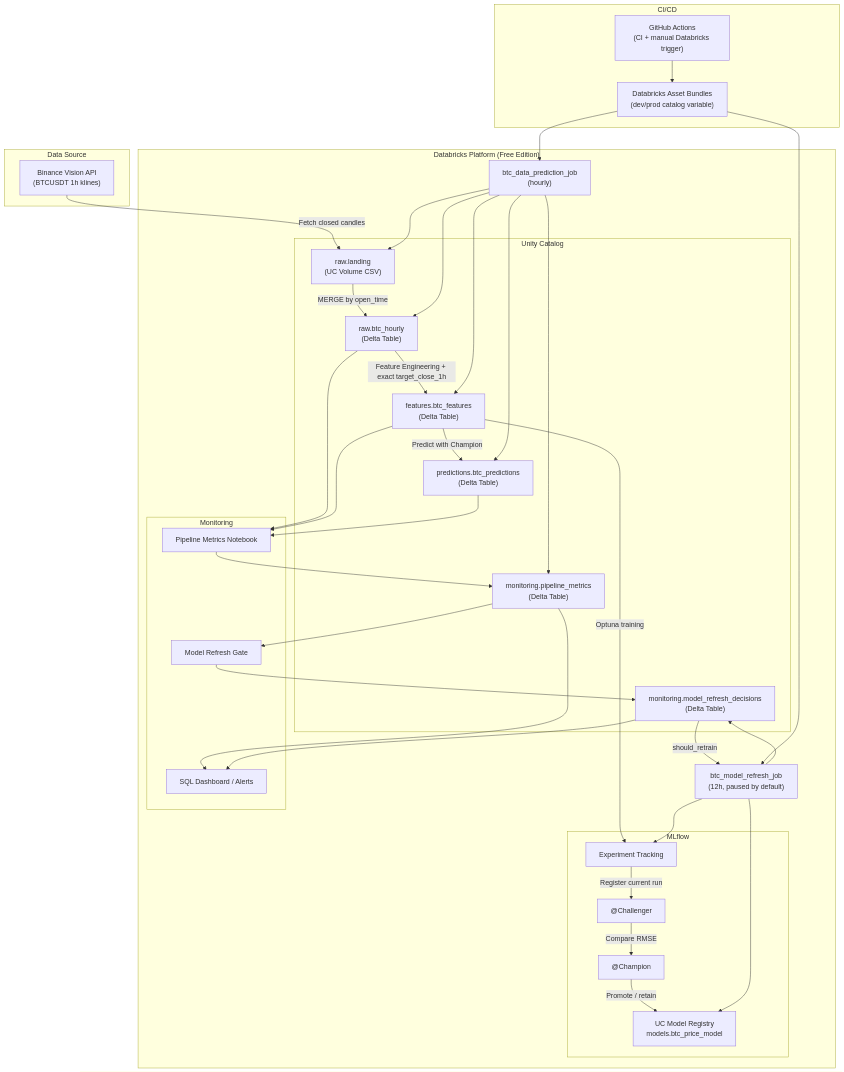
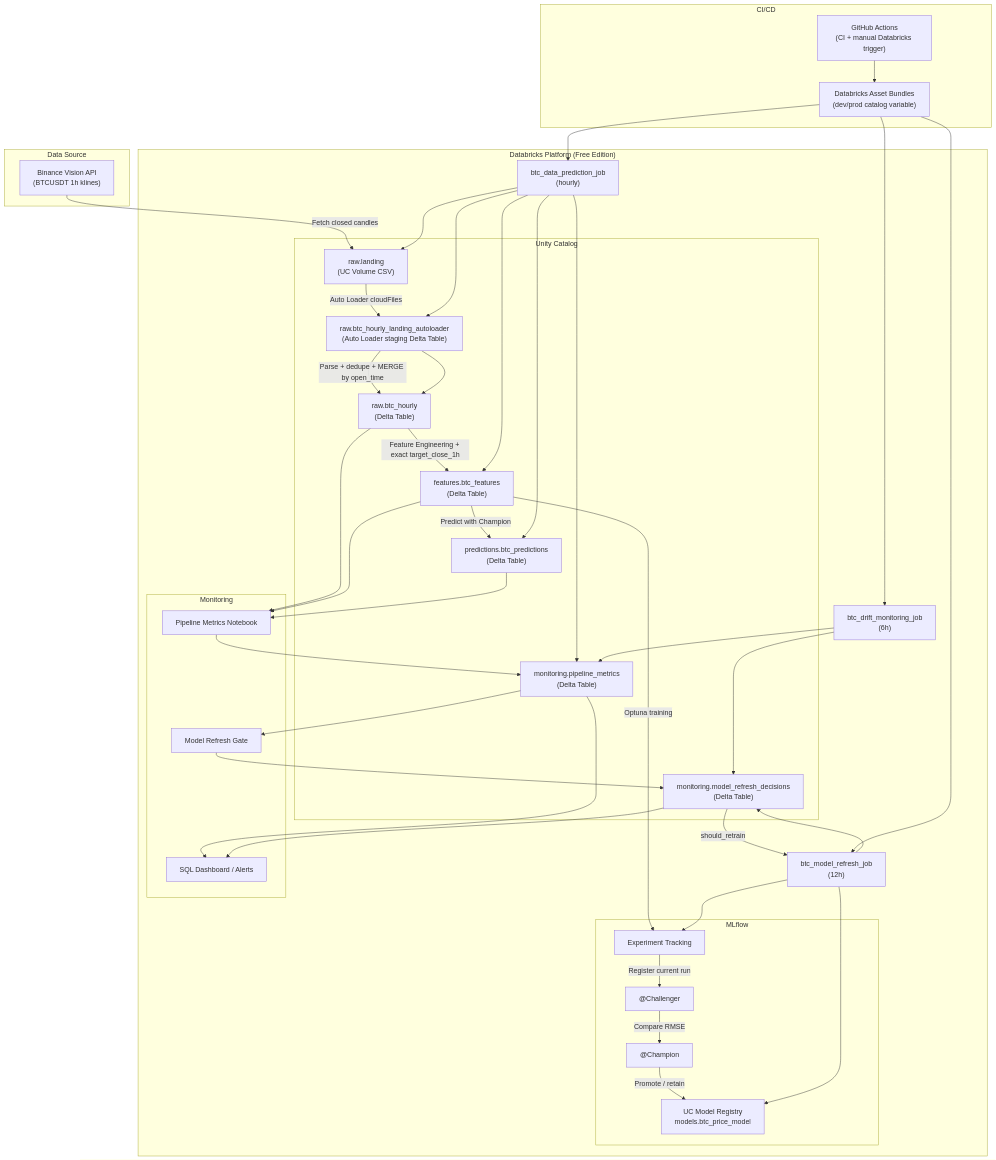
One commit to dunglk85/btc_mle_dbr changed the first of 2 diagrams in _bmad-output/planning-artifacts/implementation_plan.md. Above: the diagram before and after it, drawn with Mermaid. The commit also changed other lines of this file, not shown here.

Commit message:
docs: add implementation plan for BTC project

````diff
--- a/_bmad-output/planning-artifacts/implementation_plan.md
+++ b/_bmad-output/planning-artifacts/implementation_plan.md
@@ -9,67 +9,74 @@
 ```mermaid
 graph TB
     subgraph "Data Source"
         A["Binance Vision API<br/>(BTCUSDT 1h klines)"]
     end
 
     subgraph "Databricks Platform (Free Edition)"
         subgraph "Unity Catalog"
             V["raw.landing<br/>(UC Volume CSV)"]
+            S["raw.btc_hourly_landing_autoloader<br/>(Auto Loader staging Delta Table)"]
             B["raw.btc_hourly<br/>(Delta Table)"]
             C["features.btc_features<br/>(Delta Table)"]
             P["predictions.btc_predictions<br/>(Delta Table)"]
             Q["monitoring.pipeline_metrics<br/>(Delta Table)"]
             R["monitoring.model_refresh_decisions<br/>(Delta Table)"]
         end
 
         subgraph "MLflow"
             D["Experiment Tracking"]
             E["UC Model Registry<br/>models.btc_price_model"]
             F["@Champion"]
             G["@Challenger"]
         end
 
         subgraph "Monitoring"
             H["Pipeline Metrics Notebook"]
             I["Model Refresh Gate"]
             J["SQL Dashboard / Alerts"]
         end
 
         K["btc_data_prediction_job<br/>(hourly)"]
-        O["btc_model_refresh_job<br/>(12h, paused by default)"]
+        L["btc_drift_monitoring_job<br/>(6h)"]
+        O["btc_model_refresh_job<br/>(12h)"]
     end
 
     subgraph "CI/CD"
         M["GitHub Actions<br/>(CI + manual Databricks trigger)"]
         N["Databricks Asset Bundles<br/>(dev/prod catalog variable)"]
     end
 
     A -->|"Fetch closed candles"| V
-    V -->|"MERGE by open_time"| B
+    V -->|"Auto Loader cloudFiles"| S
+    S -->|"Parse + dedupe + MERGE by open_time"| B
     B -->|"Feature Engineering + exact target_close_1h"| C
     C -->|"Predict with Champion"| P
     C -->|"Optuna training"| D
     D -->|"Register current run"| G
     G -->|"Compare RMSE"| F
     F -->|"Promote / retain"| E
     B --> H
     C --> H
     P --> H
     H --> Q
     Q --> I
     I --> R
     R -->|"should_retrain"| O
     Q --> J
     R --> J
     M --> N
     N --> K
+    N --> L
     N --> O
     K --> V
-    K --> B
+    K --> S
+    S --> B
     K --> C
     K --> P
     K --> Q
+    L --> Q
+    L --> R
     O --> R
     O --> D
     O --> E
 ```
````
